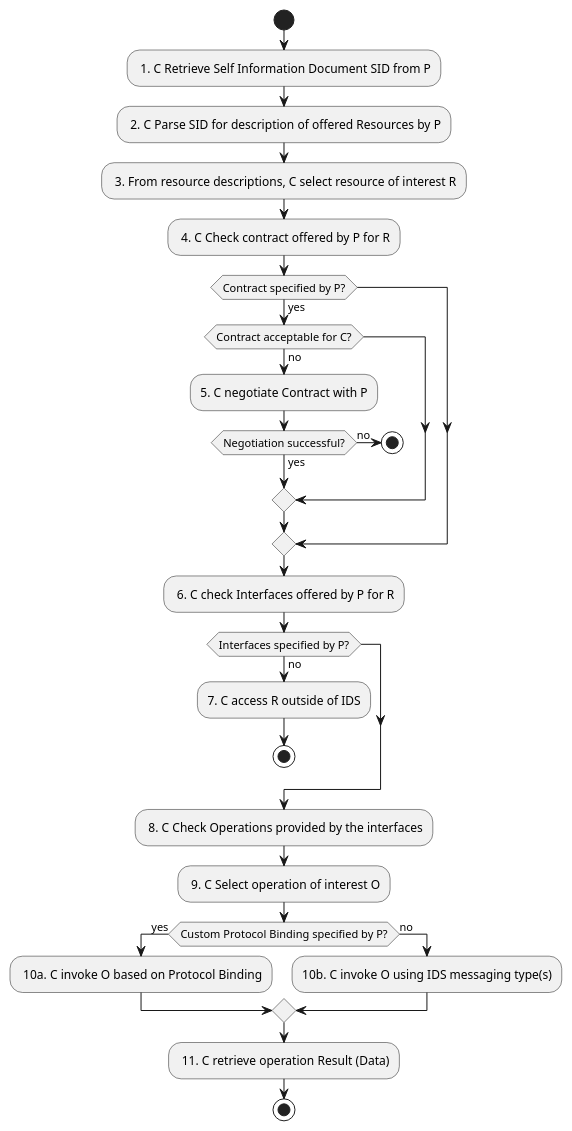
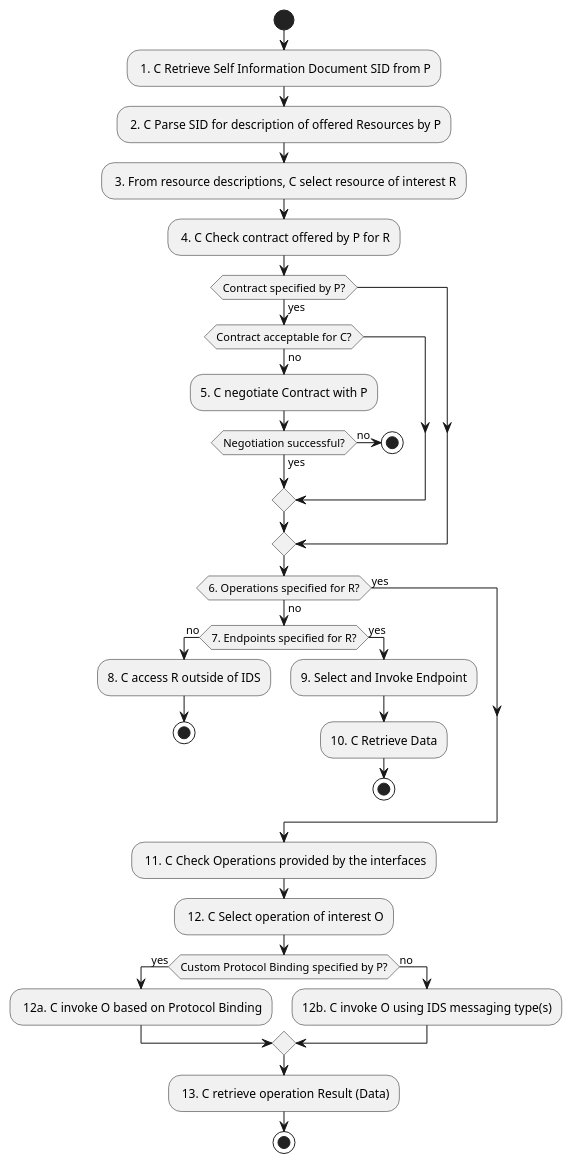
Before and after one commit to IndustrialDataSpace/Documentation: the diagram in connector_connector_interaction.plantuml, drawn with PlantUML.

Commit message:
add option to invoke endpoint (artifact retrieval) to the workflow

```diff
--- a/connector_connector_interaction.plantuml
+++ b/connector_connector_interaction.plantuml
@@ -1,42 +1,49 @@
 @startuml
 
 start
 
 : 1. C Retrieve Self Information Document SID from P;
 : 2. C Parse SID for description of offered Resources by P;
 : 3. From resource descriptions, C select resource of interest R;
 : 4. C Check contract offered by P for R;
 
 if (Contract specified by P?) then (yes)
     if (Contract acceptable for C?) then (no)
         :5. C negotiate Contract with P;
 
         if (Negotiation successful?) then (yes)
             else (no)
                 stop
         endif
     endif
 endif
 
-: 6. C check Interfaces offered by P for R;
+if (6. Operations specified for R?) then (no)
 
-if (Interfaces specified by P?) then (no)
-    :7. C access R outside of IDS;
-    stop
+    if (7. Endpoints specified for R?) then (no)
+        :8. C access R outside of IDS;
+        stop
+    else (yes)
+        :9. Select and Invoke Endpoint;
+        :10. C Retrieve Data;
+        stop
+    endif
+
+    else (yes)
 endif
 
-: 8. C Check Operations provided by the interfaces;
-: 9. C Select operation of interest O;
+: 11. C Check Operations provided by the interfaces;
+: 12. C Select operation of interest O;
 
 if (Custom Protocol Binding specified by P?) then (yes)
-    : 10a. C invoke O based on Protocol Binding;
+    : 12a. C invoke O based on Protocol Binding;
 
     else (no)
-    :10b. C invoke O using IDS messaging type(s);
+    :12b. C invoke O using IDS messaging type(s);
 endif
 
-: 11. C retrieve operation Result (Data);
+: 13. C retrieve operation Result (Data);
 
 stop
 
 @enduml
```
